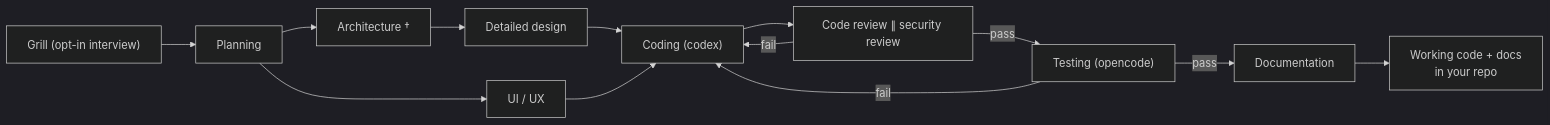
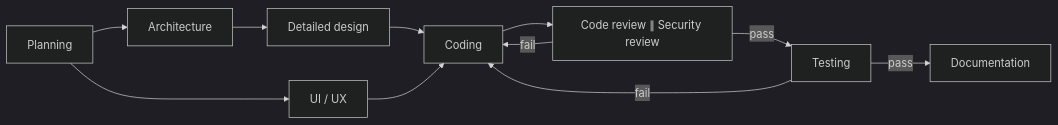
The diagram in README.md (vankhangfet/orca-sdlc-kit), drawn with Mermaid (dark theme) before and after one commit. The commit also changed other lines of this file and 1 other file, not shown here.

````diff
--- a/README.md
+++ b/README.md
@@ -235,15 +46,13 @@
 ```mermaid
 flowchart LR
-    G["Grill (opt-in interview)"] --> P[Planning]
-    P --> A["Architecture †"]
+    P[Planning] --> A[Architecture]
     A --> D[Detailed design]
     P --> U[UI / UX]
-    D --> C["Coding (codex)"]
+    D --> C[Coding]
     U --> C
-    C --> R["Code review ∥ security review"]
+    C --> R["Code review ∥ Security review"]
     R -- fail --> C
-    R -- pass --> T["Testing (opencode)"]
+    R -- pass --> T[Testing]
     T -- fail --> C
     T -- pass --> W[Documentation]
-    W --> O["Working code + docs<br/>in your repo"]
 ```
````
